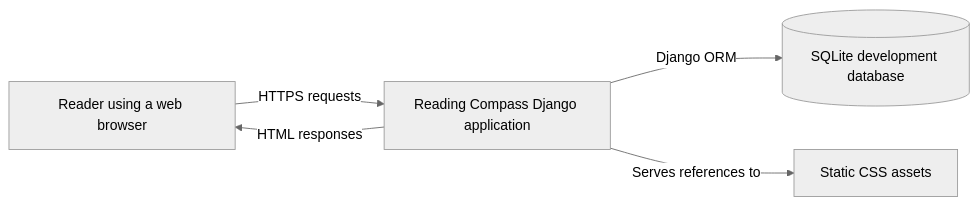
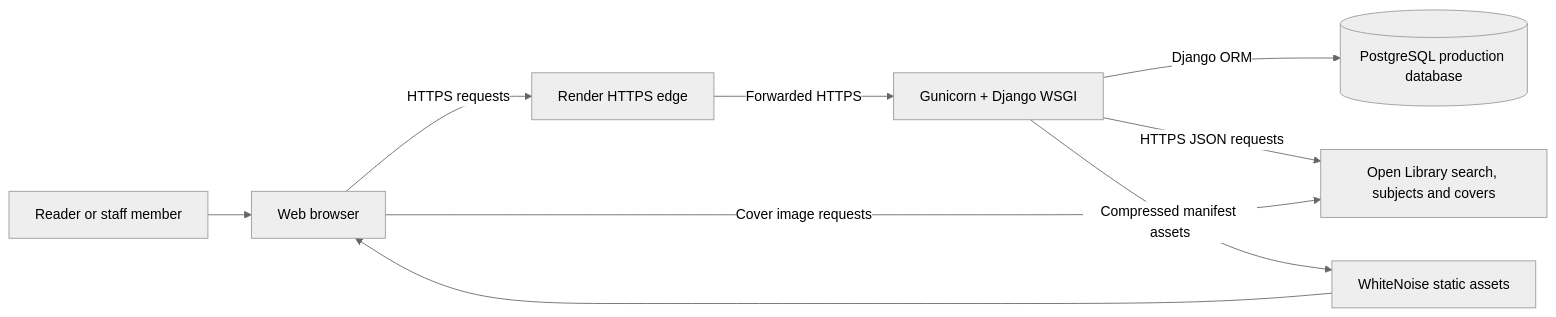
One commit to unvde/CP3407-Assessment changed the first of 5 diagrams in docs/design/architecture.md. Above: the diagram before and after it, drawn with Mermaid (neutral theme). The commit also changed other lines of this file and 7 other files, not shown here.

````diff
--- a/docs/design/architecture.md
+++ b/docs/design/architecture.md
@@ -11,12 +13,19 @@
 ```mermaid
 flowchart LR
-    Reader[Reader using a web browser]
-    App[Reading Compass Django application]
-    DB[(SQLite development database)]
-    Static[Static CSS assets]
+    Reader["Reader or staff member"]
+    Browser["Web browser"]
+    Render["Render HTTPS edge"]
+    App["Gunicorn + Django WSGI"]
+    DB[("PostgreSQL production database")]
+    OL["Open Library search, subjects and covers"]
+    Static["WhiteNoise static assets"]
 
-    Reader -->|HTTPS requests| App
-    App -->|HTML responses| Reader
-    App -->|Django ORM| DB
-    App -->|Serves references to| Static
+    Reader --> Browser
+    Browser -->|"HTTPS requests"| Render
+    Render -->|"Forwarded HTTPS"| App
+    App -->|"Django ORM"| DB
+    App -->|"HTTPS JSON requests"| OL
+    Browser -->|"Cover image requests"| OL
+    App -->|"Compressed manifest assets"| Static
+    Static --> Browser
 ```
````
